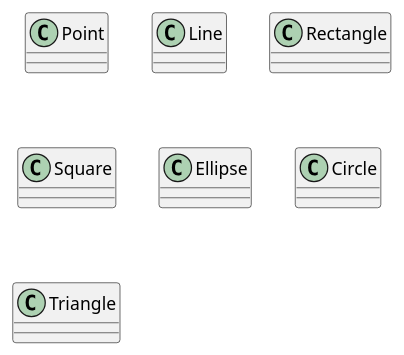
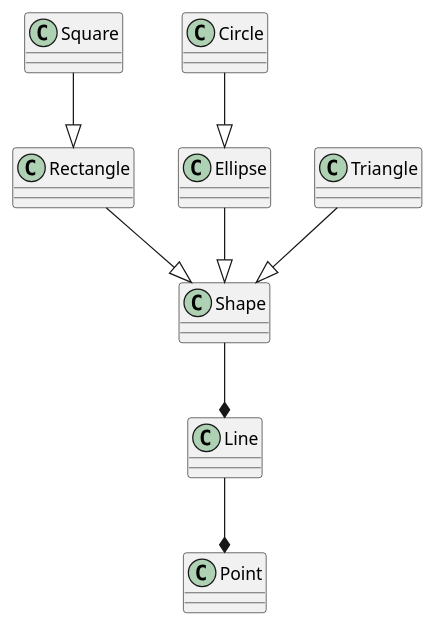
One commit to quality-liquid/cs5700-assn1-shapes changed the diagram in diagrams/src/shapes-design.plantuml. Above: the diagram before and after it, drawn with PlantUML.

Commit message:
wrote all object relationships in plantuml

```diff
--- a/diagrams/src/shapes-design.plantuml
+++ b/diagrams/src/shapes-design.plantuml
@@ -1,11 +1,20 @@
 @startuml
 
+class Shape
 class Point
 class Line
 class Rectangle
 class Square
 class Ellipse
 class Circle
 class Triangle
 
+Line --* Point
+Shape --* Line
+Rectangle --|> Shape
+Square --|> Rectangle
+Ellipse --|> Shape
+Circle --|> Ellipse
+Triangle --|> Shape
+
 @enduml
```
